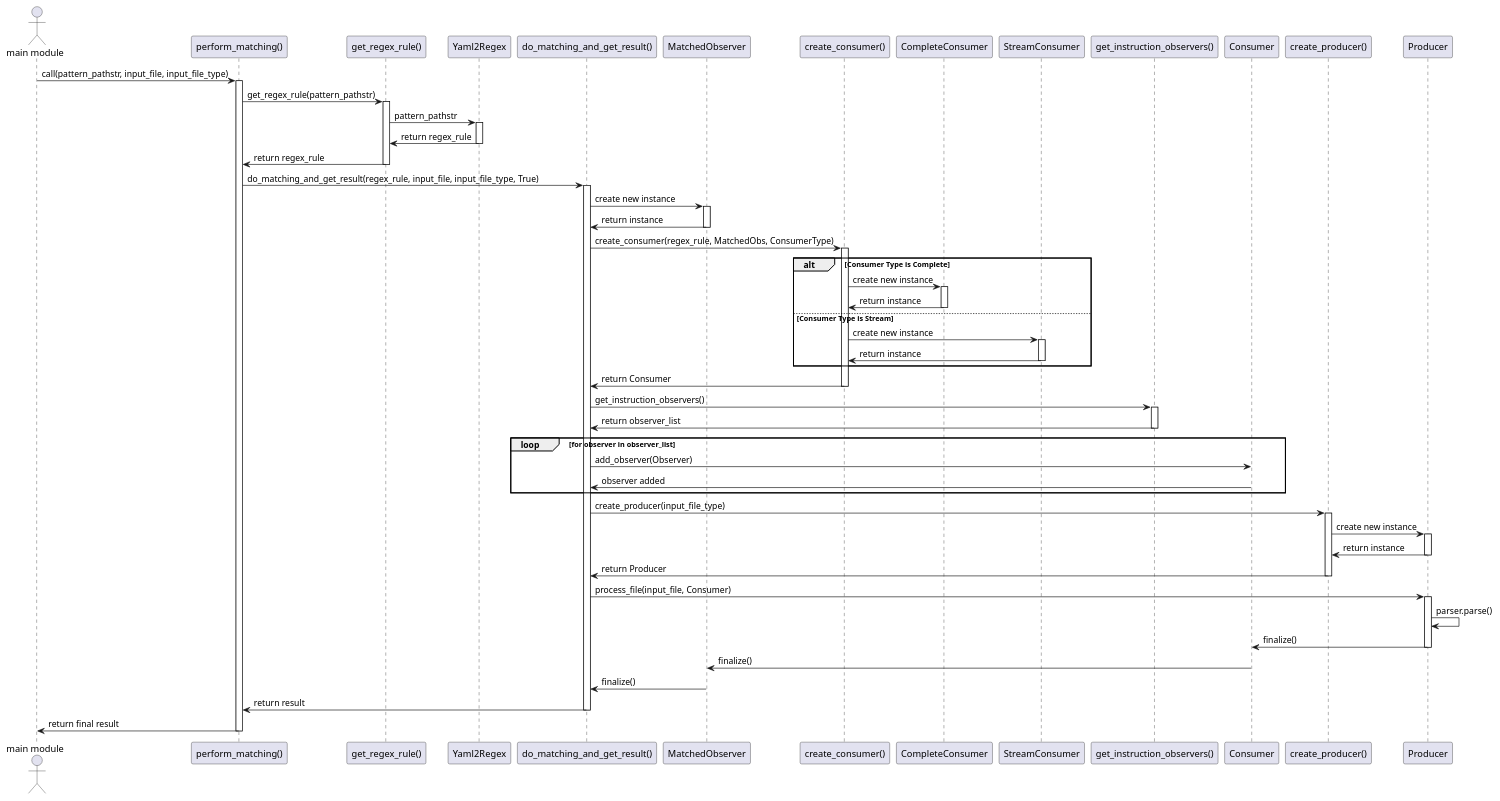
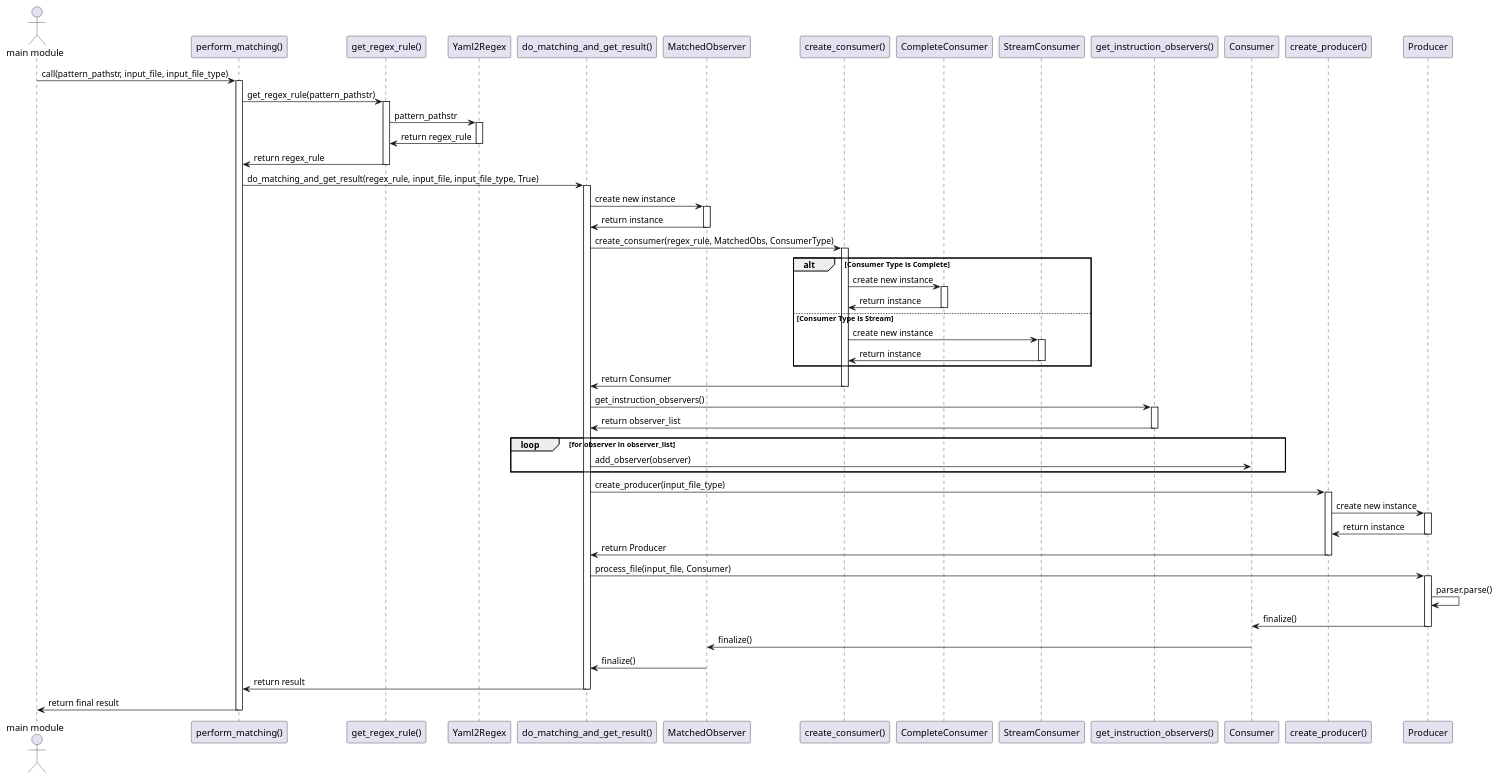
The diagram in design/sequence_diagram_match_module.puml (JukMR/JASM), drawn with PlantUML before and after one commit. The commit also changed 5 other files, not shown here.

```diff
--- a/design/sequence_diagram_match_module.puml
+++ b/design/sequence_diagram_match_module.puml
@@ -1,86 +1,85 @@
-@startuml matching component diagram
+@startuml matching_component_diagram
 actor "main module" as Main
 participant "perform_matching()" as PerformMatching
 participant "get_regex_rule()" as GetRegexRule
 participant "Yaml2Regex" as Yaml2Regex
 participant "do_matching_and_get_result()" as DoMatching
 participant "MatchedObserver" as MatchedObs
 participant "create_consumer()" as CreateConsumer
 participant "CompleteConsumer" as CompleteCons
 participant "StreamConsumer" as StreamCons
 participant "get_instruction_observers()" as GetObservers
 participant "Consumer" as Consumer
 participant "Producer" as Producer
 participant "create_producer()" as CreateProducer
 participant "ComposableProducer" as Producer
 
 Main -> PerformMatching: call(pattern_pathstr, input_file, input_file_type)
 activate PerformMatching
 PerformMatching -> GetRegexRule: get_regex_rule(pattern_pathstr)
 activate GetRegexRule
 
 GetRegexRule -> Yaml2Regex: pattern_pathstr
 activate Yaml2Regex
 Yaml2Regex -> GetRegexRule: return regex_rule
 deactivate Yaml2Regex
 
 GetRegexRule -> PerformMatching: return regex_rule
 deactivate GetRegexRule
 
 PerformMatching -> DoMatching: do_matching_and_get_result(regex_rule, input_file, input_file_type, True)
 activate DoMatching
 
 DoMatching -> MatchedObs: create new instance
 activate MatchedObs
 MatchedObs -> DoMatching: return instance
 deactivate MatchedObs
 
 DoMatching -> CreateConsumer: create_consumer(regex_rule, MatchedObs, ConsumerType)
 activate CreateConsumer
 
 alt Consumer Type is Complete
     CreateConsumer -> CompleteCons: create new instance
     activate CompleteCons
     CompleteCons -> CreateConsumer: return instance
     deactivate CompleteCons
 else Consumer Type is Stream
     CreateConsumer -> StreamCons: create new instance
     activate StreamCons
     StreamCons -> CreateConsumer: return instance
     deactivate StreamCons
 end
 
 CreateConsumer -> DoMatching: return Consumer
 deactivate CreateConsumer
 
 DoMatching -> GetObservers: get_instruction_observers()
 activate GetObservers
 GetObservers -> DoMatching: return observer_list
 deactivate GetObservers
 
 loop for observer in observer_list
-    DoMatching -> Consumer: add_observer(Observer)
-    Consumer -> DoMatching: observer added
+    DoMatching -> Consumer: add_observer(observer)
 end
 
 DoMatching -> CreateProducer: create_producer(input_file_type)
 activate CreateProducer
 CreateProducer -> Producer: create new instance
 activate Producer
 Producer -> CreateProducer: return instance
 deactivate Producer
 CreateProducer -> DoMatching: return Producer
 deactivate CreateProducer
 
 DoMatching -> Producer: process_file(input_file, Consumer)
 activate Producer
 Producer -> Producer: parser.parse()
 Producer -> Consumer: finalize()
 deactivate Producer
 Consumer -> MatchedObs: finalize()
 MatchedObs -> DoMatching: finalize()
 DoMatching -> PerformMatching: return result
 deactivate DoMatching
 PerformMatching -> Main: return final result
 deactivate PerformMatching
 @enduml
```
